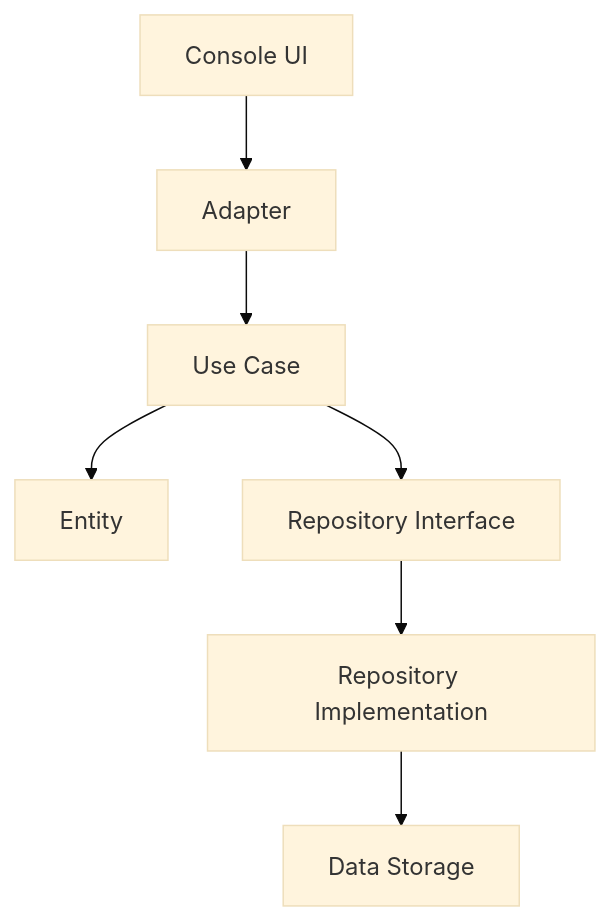
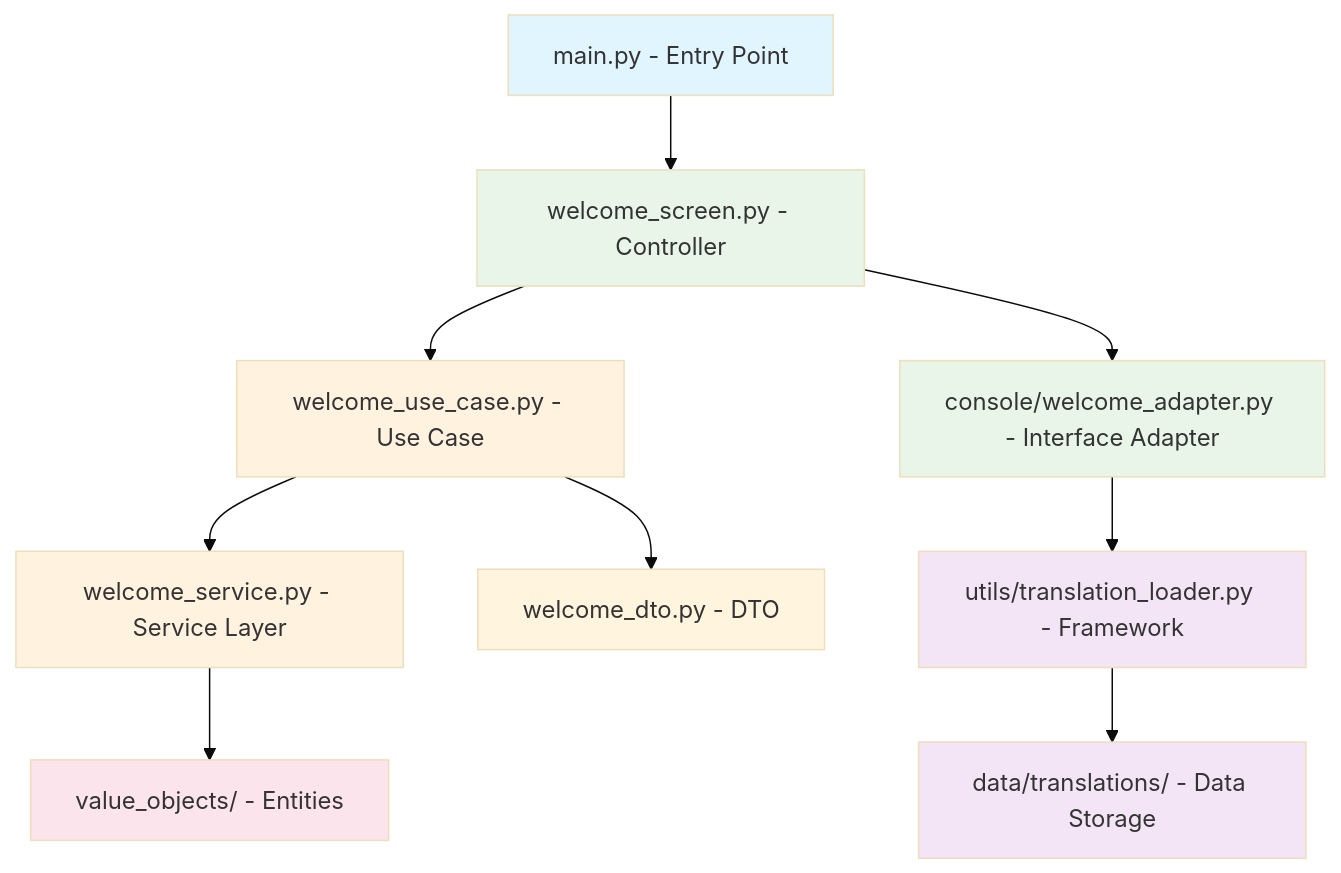
One commit to discipleartem/dnd_mud changed the third of 3 diagrams in docs/architecture/README.md. Above: the diagram before and after it, drawn with Mermaid (base theme). The commit also changed other lines of this file and 2 other files, not shown here.

````diff
--- a/docs/architecture/README.md
+++ b/docs/architecture/README.md
@@ -123,9 +302,20 @@
 ```mermaid
 graph TD
-    A[Console UI] --> B[Adapter]
-    B --> C[Use Case]
-    C --> D[Entity]
-    C --> E[Repository Interface]
-    E --> F[Repository Implementation]
-    F --> G[Data Storage]
+    A[main.py - Entry Point] --> B[welcome_screen.py - Controller]
+    B --> C[welcome_use_case.py - Use Case]
+    C --> D[welcome_service.py - Service Layer]
+    C --> E[welcome_dto.py - DTO]
+    D --> F[value_objects/ - Entities]
+    B --> G[console/welcome_adapter.py - Interface Adapter]
+    G --> H[utils/translation_loader.py - Framework]
+    H --> I[data/translations/ - Data Storage]
+    
+    style A fill:#e1f5fe
+    style B fill:#e8f5e8
+    style C fill:#fff3e0
+    style D fill:#fff3e0
+    style F fill:#fce4ec
+    style G fill:#e8f5e8
+    style H fill:#f3e5f5
+    style I fill:#f3e5f5
 ```
````
